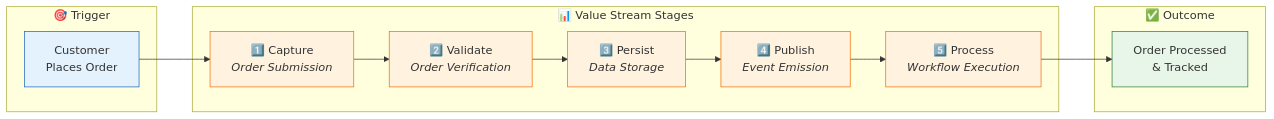
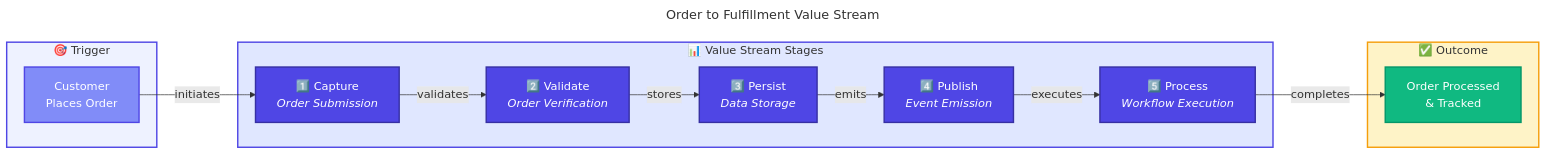
One commit to Evilazaro/Azure-LogicApps-Monitoring changed the second of 4 diagrams in docs/architecture/01-business-architecture.md. Above: the diagram before and after it, drawn with Mermaid. The commit also changed other lines of this file, not shown here.

Commit message:
refactor: Enhance business architecture documentation with improved capability maps, value streams, and class definitions

````diff
--- a/docs/architecture/01-business-architecture.md
+++ b/docs/architecture/01-business-architecture.md
@@ -149,28 +164,47 @@
 ```mermaid
+---
+title: Order to Fulfillment Value Stream
+---
 flowchart LR
+    %% ===== TRIGGER =====
     subgraph Trigger["🎯 Trigger"]
         T1["Customer<br/>Places Order"]
     end
 
+    %% ===== VALUE STREAM STAGES =====
     subgraph VS["📊 Value Stream Stages"]
         S1["1️⃣ Capture<br/><i>Order Submission</i>"]
         S2["2️⃣ Validate<br/><i>Order Verification</i>"]
         S3["3️⃣ Persist<br/><i>Data Storage</i>"]
         S4["4️⃣ Publish<br/><i>Event Emission</i>"]
         S5["5️⃣ Process<br/><i>Workflow Execution</i>"]
     end
 
+    %% ===== OUTCOME =====
     subgraph Outcome["✅ Outcome"]
         O1["Order Processed<br/>& Tracked"]
     end
 
-    T1 --> S1 --> S2 --> S3 --> S4 --> S5 --> O1
+    %% ===== CONNECTIONS =====
+    T1 -->|"initiates"| S1
+    S1 -->|"validates"| S2
+    S2 -->|"stores"| S3
+    S3 -->|"emits"| S4
+    S4 -->|"executes"| S5
+    S5 -->|"completes"| O1
 
-    classDef trigger fill:#e3f2fd,stroke:#1565c0
-    classDef stage fill:#fff3e0,stroke:#ef6c00
-    classDef outcome fill:#e8f5e9,stroke:#2e7d32
+    %% ===== CLASS DEFINITIONS =====
+    classDef trigger fill:#818CF8,stroke:#4F46E5,color:#FFFFFF,stroke-width:2px
+    classDef primary fill:#4F46E5,stroke:#3730A3,color:#FFFFFF,stroke-width:2px
+    classDef secondary fill:#10B981,stroke:#059669,color:#FFFFFF,stroke-width:2px
 
+    %% ===== CLASS ASSIGNMENTS =====
     class T1 trigger
-    class S1,S2,S3,S4,S5 stage
-    class O1 outcome
+    class S1,S2,S3,S4,S5 primary
+    class O1 secondary
+
+    %% ===== SUBGRAPH STYLES =====
+    style Trigger fill:#EEF2FF,stroke:#4F46E5,stroke-width:2px
+    style VS fill:#E0E7FF,stroke:#4F46E5,stroke-width:2px
+    style Outcome fill:#FEF3C7,stroke:#F59E0B,stroke-width:2px
 ```
````
